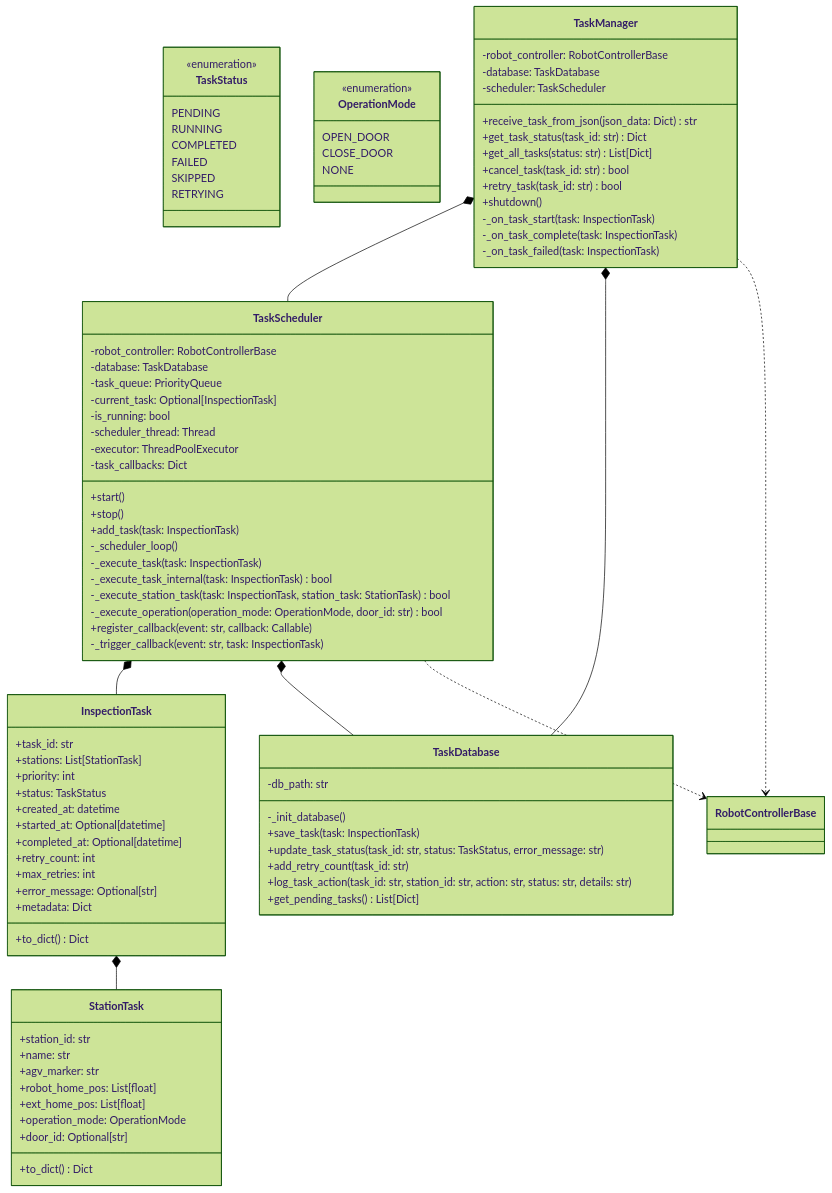
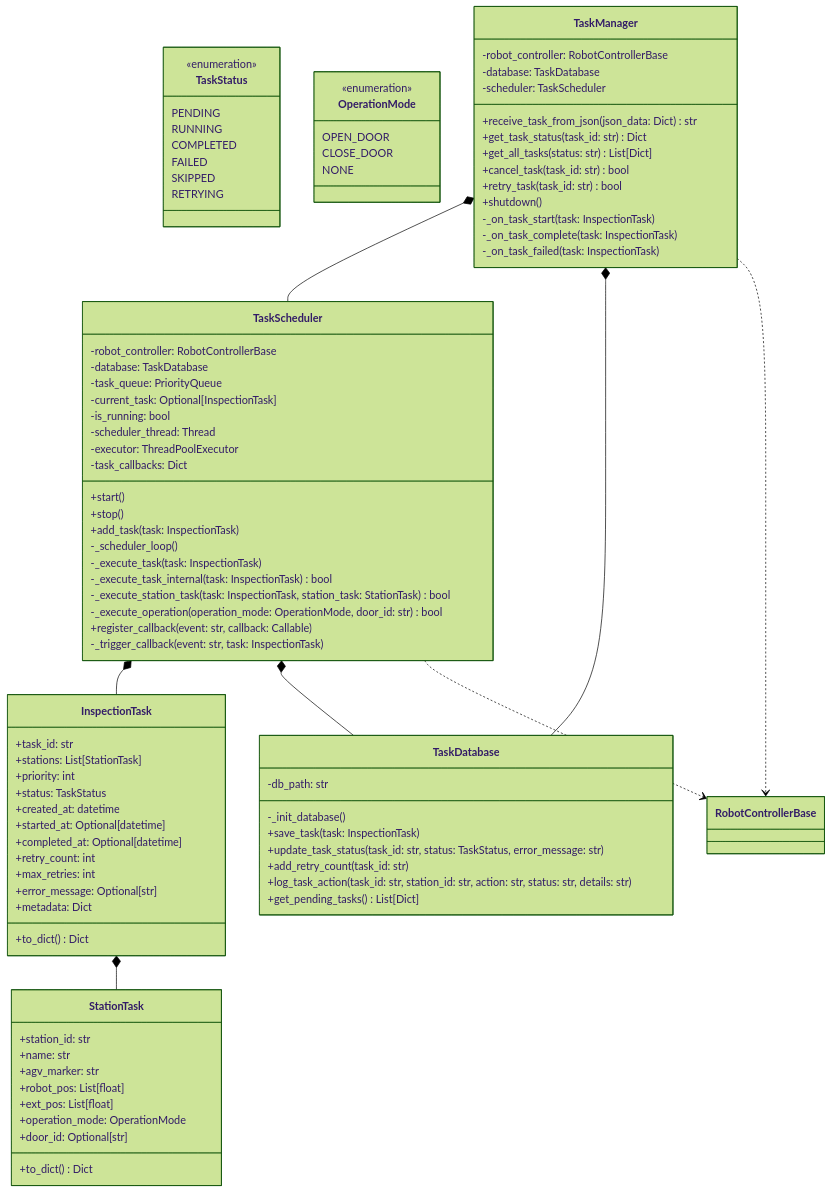
The third of 5 diagrams in docs/README.md (migra1315/Lumi), drawn with Mermaid (forest theme) before and after one commit. The commit also changed other lines of this file and 7 other files, not shown here.

```diff
--- a/docs/README.md
+++ b/docs/README.md
@@ -158,8 +158,8 @@
         +station_id: str
         +name: str
         +agv_marker: str
-        +robot_home_pos: List[float]
-        +ext_home_pos: List[float]
+        +robot_pos: List[float]
+        +ext_pos: List[float]
         +operation_mode: OperationMode
         +door_id: Optional[str]
         +to_dict() Dict
```
